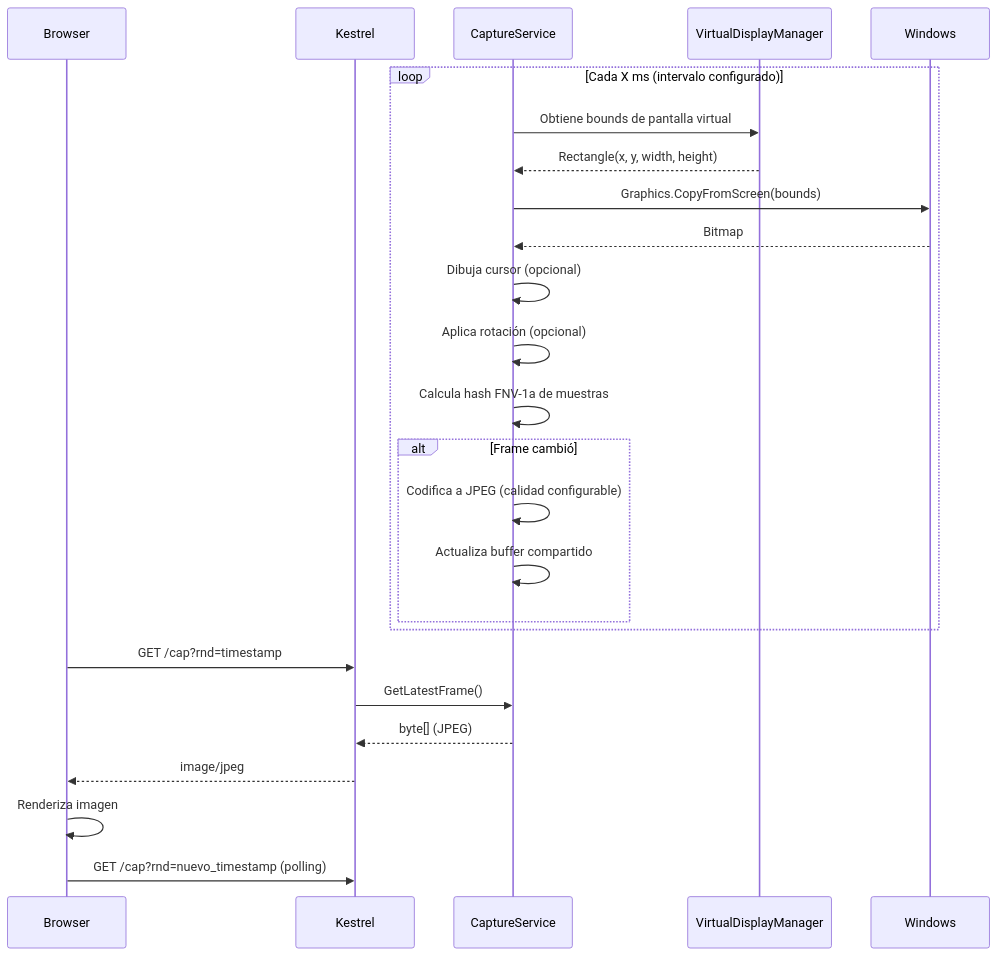
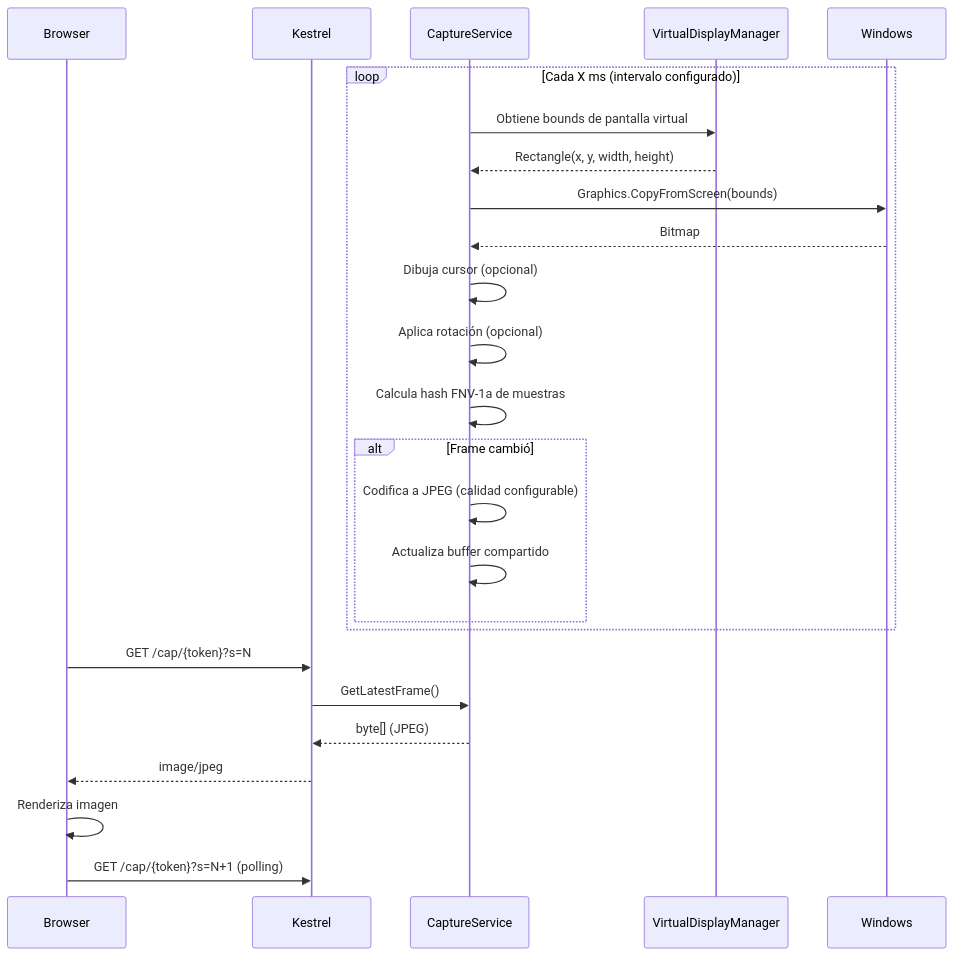
Before and after one commit to quiro90/VirtualWebDisplay: the third of 5 diagrams in docs/ARCHITECTURE.md, drawn with Mermaid. The commit also changed other lines of this file and 12 other files, not shown here.

````diff
--- a/docs/ARCHITECTURE.md
+++ b/docs/ARCHITECTURE.md
@@ -291,30 +291,30 @@
 ```mermaid
 sequenceDiagram
     participant Browser
     participant Kestrel
     participant CaptureService
     participant VirtualDisplayManager
     participant Windows
 
     loop Cada X ms (intervalo configurado)
         CaptureService->>VirtualDisplayManager: Obtiene bounds de pantalla virtual
         VirtualDisplayManager-->>CaptureService: Rectangle(x, y, width, height)
         CaptureService->>Windows: Graphics.CopyFromScreen(bounds)
         Windows-->>CaptureService: Bitmap
         CaptureService->>CaptureService: Dibuja cursor (opcional)
         CaptureService->>CaptureService: Aplica rotación (opcional)
         CaptureService->>CaptureService: Calcula hash FNV-1a de muestras
         alt Frame cambió
             CaptureService->>CaptureService: Codifica a JPEG (calidad configurable)
             CaptureService->>CaptureService: Actualiza buffer compartido
         end
     end
 
-    Browser->>Kestrel: GET /cap?rnd=timestamp
+    Browser->>Kestrel: GET /cap/{token}?s=N
     Kestrel->>CaptureService: GetLatestFrame()
     CaptureService-->>Kestrel: byte[] (JPEG)
     Kestrel-->>Browser: image/jpeg
 
     Browser->>Browser: Renderiza imagen
-    Browser->>Kestrel: GET /cap?rnd=nuevo_timestamp (polling)
+    Browser->>Kestrel: GET /cap/{token}?s=N+1 (polling)
 ```
````
